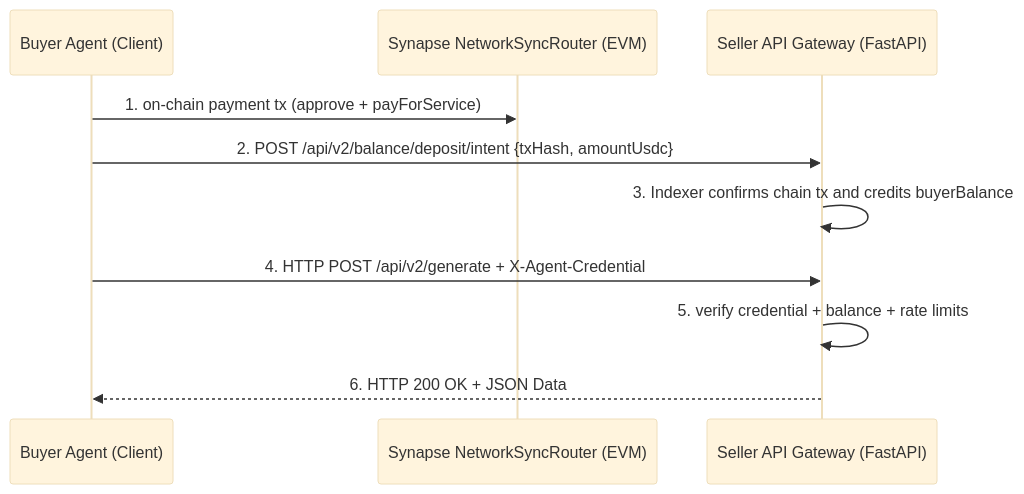
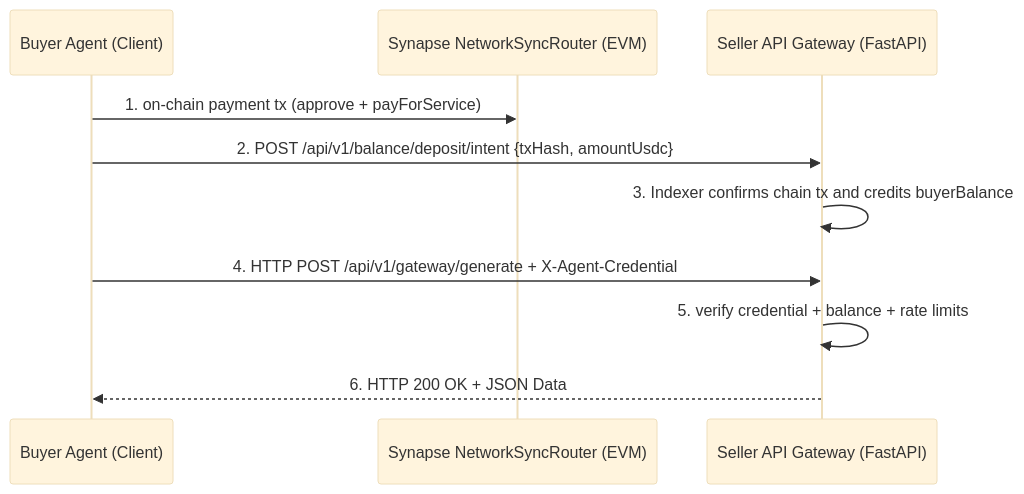
One commit to SynapseNetworkAI/Synapse-Network changed the diagram in doc/02_Architecture/FastAPI_Synchronous_Payment.md. Above: the diagram before and after it, drawn with Mermaid (base theme). The commit also changed other lines of this file and 45 other files, not shown here.

Commit message:
refactor(api): unify gateway endpoints under /api/v1

````diff
--- a/doc/02_Architecture/FastAPI_Synchronous_Payment.md
+++ b/doc/02_Architecture/FastAPI_Synchronous_Payment.md
@@ -8,13 +8,13 @@
 ```mermaid
 sequenceDiagram
     participant Buyer as Buyer Agent (Client)
     participant Contract as Synapse NetworkSyncRouter (EVM)
     participant Gateway as Seller API Gateway (FastAPI)
 
     Buyer->>Contract: 1. on-chain payment tx (approve + payForService)
-    Buyer->>Gateway: 2. POST /api/v2/balance/deposit/intent {txHash, amountUsdc}
+    Buyer->>Gateway: 2. POST /api/v1/balance/deposit/intent {txHash, amountUsdc}
     Gateway->>Gateway: 3. Indexer confirms chain tx and credits buyerBalance
-    Buyer->>Gateway: 4. HTTP POST /api/v2/generate + X-Agent-Credential
+    Buyer->>Gateway: 4. HTTP POST /api/v1/gateway/generate + X-Agent-Credential
     Gateway->>Gateway: 5. verify credential + balance + rate limits
     Gateway-->>Buyer: 6. HTTP 200 OK + JSON Data
 ```
````
